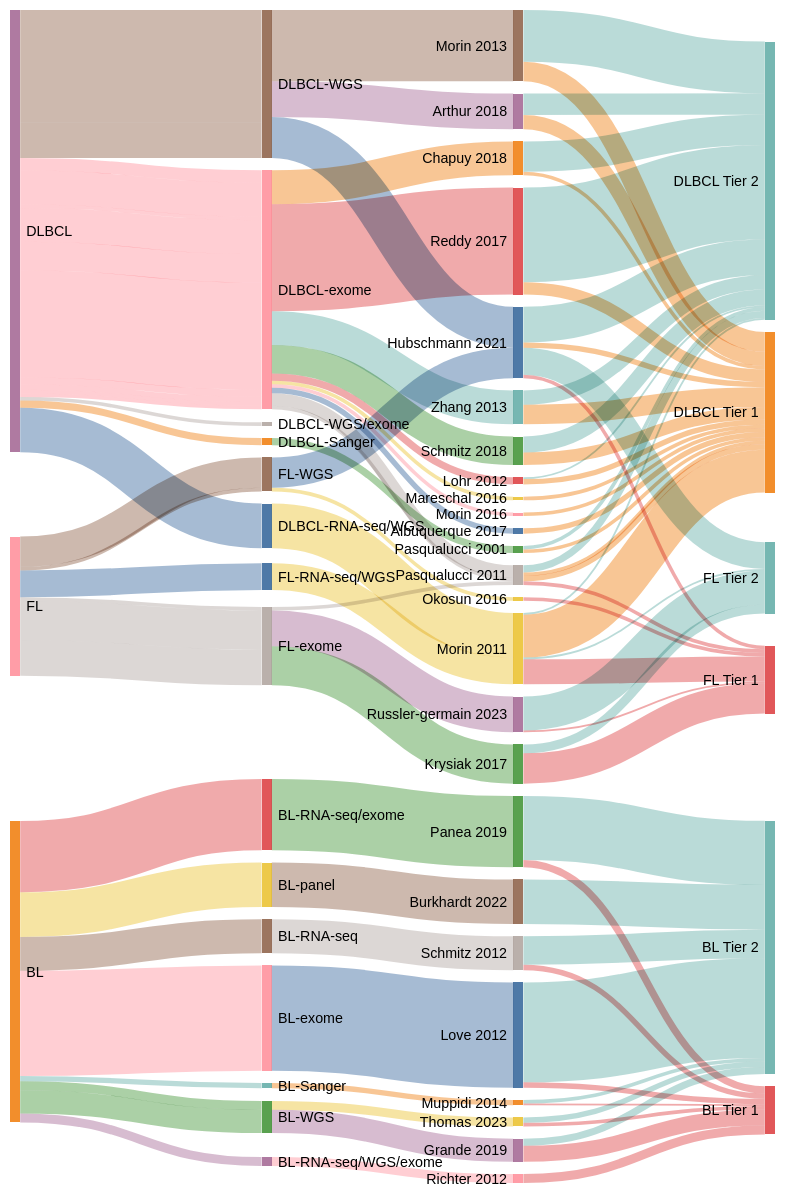
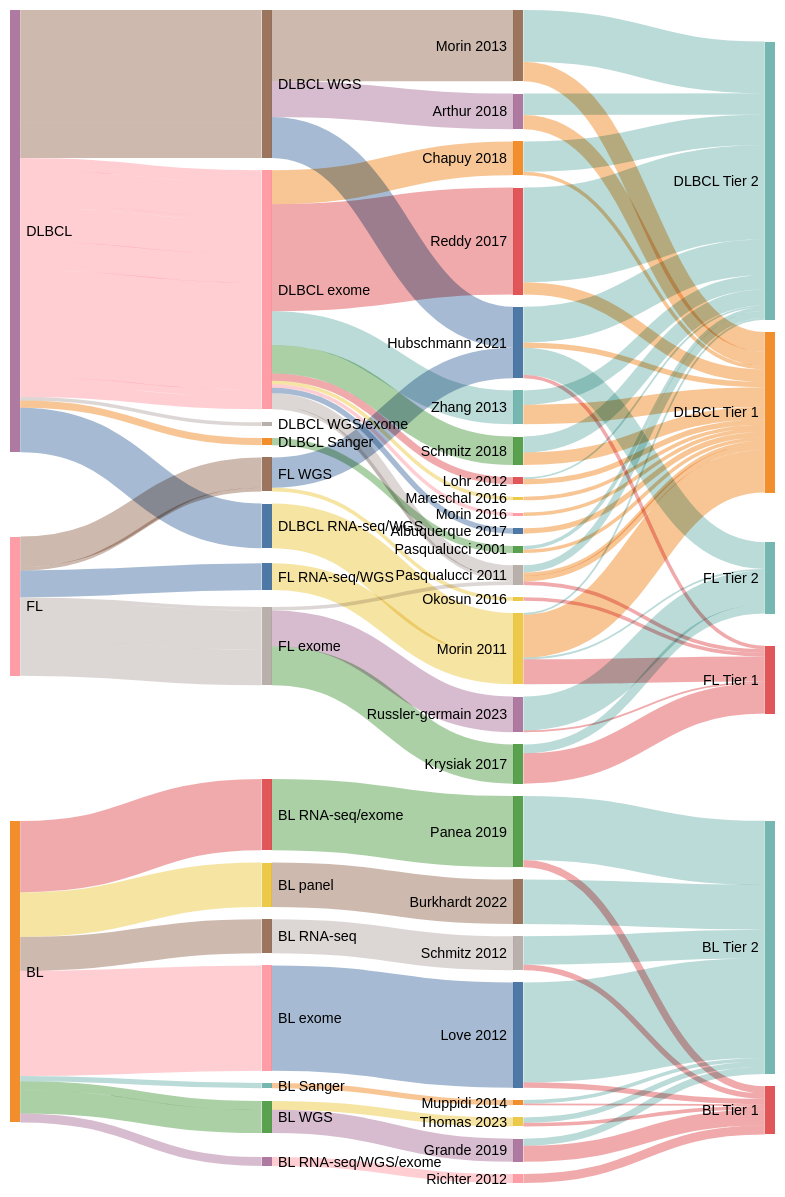
Before and after one commit to morinlab/lymphopedia: the first of 2 diagrams in Home.md, drawn with Mermaid (forest theme).

````diff
--- a/Home.md
+++ b/Home.md
@@ -61,37 +61,37 @@
 Schmitz 2018, DLBCL Tier 2, 9
 Morin 2011, DLBCL Tier 1, 24
 Morin 2011, DLBCL Tier 2, 1
-DLBCL, DLBCL-exome, 7
-DLBCL-exome, Pasqualucci 2011, 7
-DLBCL, DLBCL-exome, 19
-DLBCL-exome, Chapuy 2018, 19
-DLBCL, DLBCL-WGS, 23
-DLBCL-WGS, Hubschmann 2021, 23
-DLBCL, DLBCL-WGS/exome, 2
-DLBCL, DLBCL-exome, 2
-DLBCL-exome, Pasqualucci 2011, 2
-DLBCL, DLBCL-RNA-seq/WGS, 25
-DLBCL-RNA-seq/WGS, Morin 2011, 25
-DLBCL, DLBCL-exome, 19
-DLBCL-exome, Zhang 2013, 19
-DLBCL, DLBCL-exome, 16
-DLBCL-exome, Schmitz 2018, 16
-DLBCL, DLBCL-exome, 60
-DLBCL-exome, Reddy 2017, 60
-DLBCL, DLBCL-exome, 4
-DLBCL-exome, Lohr 2012, 4
-DLBCL, DLBCL-exome, 3
-DLBCL-exome, Albuquerque 2017, 3
-DLBCL, DLBCL-exome, 2
-DLBCL-exome, Morin 2016, 2
-DLBCL, DLBCL-WGS, 40
-DLBCL-WGS, Morin 2013, 40
-DLBCL, DLBCL-exome, 2
-DLBCL-exome, Mareschal 2016, 2
-DLBCL, DLBCL-WGS, 20
-DLBCL-WGS, Arthur 2018, 20
-DLBCL, DLBCL-Sanger, 4
-DLBCL-Sanger, Pasqualucci 2001, 4
+DLBCL, DLBCL exome, 7
+DLBCL exome, Pasqualucci 2011, 7
+DLBCL, DLBCL exome, 19
+DLBCL exome, Chapuy 2018, 19
+DLBCL, DLBCL WGS, 23
+DLBCL WGS, Hubschmann 2021, 23
+DLBCL, DLBCL WGS/exome, 2
+DLBCL, DLBCL exome, 2
+DLBCL exome, Pasqualucci 2011, 2
+DLBCL, DLBCL RNA-seq/WGS, 25
+DLBCL RNA-seq/WGS, Morin 2011, 25
+DLBCL, DLBCL exome, 19
+DLBCL exome, Zhang 2013, 19
+DLBCL, DLBCL exome, 16
+DLBCL exome, Schmitz 2018, 16
+DLBCL, DLBCL exome, 60
+DLBCL exome, Reddy 2017, 60
+DLBCL, DLBCL exome, 4
+DLBCL exome, Lohr 2012, 4
+DLBCL, DLBCL exome, 3
+DLBCL exome, Albuquerque 2017, 3
+DLBCL, DLBCL exome, 2
+DLBCL exome, Morin 2016, 2
+DLBCL, DLBCL WGS, 40
+DLBCL WGS, Morin 2013, 40
+DLBCL, DLBCL exome, 2
+DLBCL exome, Mareschal 2016, 2
+DLBCL, DLBCL WGS, 20
+DLBCL WGS, Arthur 2018, 20
+DLBCL, DLBCL Sanger, 4
+DLBCL Sanger, Pasqualucci 2001, 4
 Pasqualucci 2011, FL Tier 1, 2
 Hubschmann 2021, FL Tier 1, 2
 Hubschmann 2021, FL Tier 2, 15
@@ -102,18 +102,18 @@
 Okosun 2016, FL Tier 1, 2
 Russler-germain 2023, FL Tier 1, 1
 Russler-germain 2023, FL Tier 2, 19
-FL, FL-WGS, 17
-FL-WGS, Hubschmann 2021, 17
-FL, FL-exome, 2
-FL-exome, Pasqualucci 2011, 2
-FL, FL-RNA-seq/WGS, 15
-FL-RNA-seq/WGS, Morin 2011, 15
-FL, FL-exome, 22
-FL-exome, Krysiak 2017, 22
-FL, FL-exome, 20
-FL-exome, Russler-germain 2023, 20
-FL, FL-WGS, 2
-FL-WGS, Okosun 2016, 2
+FL, FL WGS, 17
+FL WGS, Hubschmann 2021, 17
+FL, FL exome, 2
+FL exome, Pasqualucci 2011, 2
+FL, FL RNA-seq/WGS, 15
+FL RNA-seq/WGS, Morin 2011, 15
+FL, FL exome, 22
+FL exome, Krysiak 2017, 22
+FL, FL exome, 20
+FL exome, Russler-germain 2023, 20
+FL, FL WGS, 2
+FL WGS, Okosun 2016, 2
 Muppidi 2014, BL Tier 1, 1
 Muppidi 2014, BL Tier 2, 2
 Panea 2019, BL Tier 1, 4
@@ -128,20 +128,20 @@
 Schmitz 2012, BL Tier 2, 16
 Love 2012, BL Tier 1, 3
 Love 2012, BL Tier 2, 56
-BL, BL-RNA-seq/exome, 40
-BL-RNA-seq/exome, Panea 2019, 40
-BL, BL-Sanger, 3
-BL-Sanger, Muppidi 2014, 3
-BL, BL-WGS, 5
-BL-WGS, Thomas 2023, 5
-BL, BL-panel, 25
-BL-panel, Burkhardt 2022, 25
-BL, BL-WGS, 13
-BL-WGS, Grande 2019, 13
-BL, BL-RNA-seq/WGS/exome, 5
-BL-RNA-seq/WGS/exome, Richter 2012, 5
-BL, BL-exome, 59
-BL-exome, Love 2012, 59
-BL, BL-RNA-seq, 19
-BL-RNA-seq, Schmitz 2012, 19
+BL, BL RNA-seq/exome, 40
+BL RNA-seq/exome, Panea 2019, 40
+BL, BL Sanger, 3
+BL Sanger, Muppidi 2014, 3
+BL, BL WGS, 5
+BL WGS, Thomas 2023, 5
+BL, BL panel, 25
+BL panel, Burkhardt 2022, 25
+BL, BL WGS, 13
+BL WGS, Grande 2019, 13
+BL, BL RNA-seq/WGS/exome, 5
+BL RNA-seq/WGS/exome, Richter 2012, 5
+BL, BL exome, 59
+BL exome, Love 2012, 59
+BL, BL RNA-seq, 19
+BL RNA-seq, Schmitz 2012, 19
 ```
````
